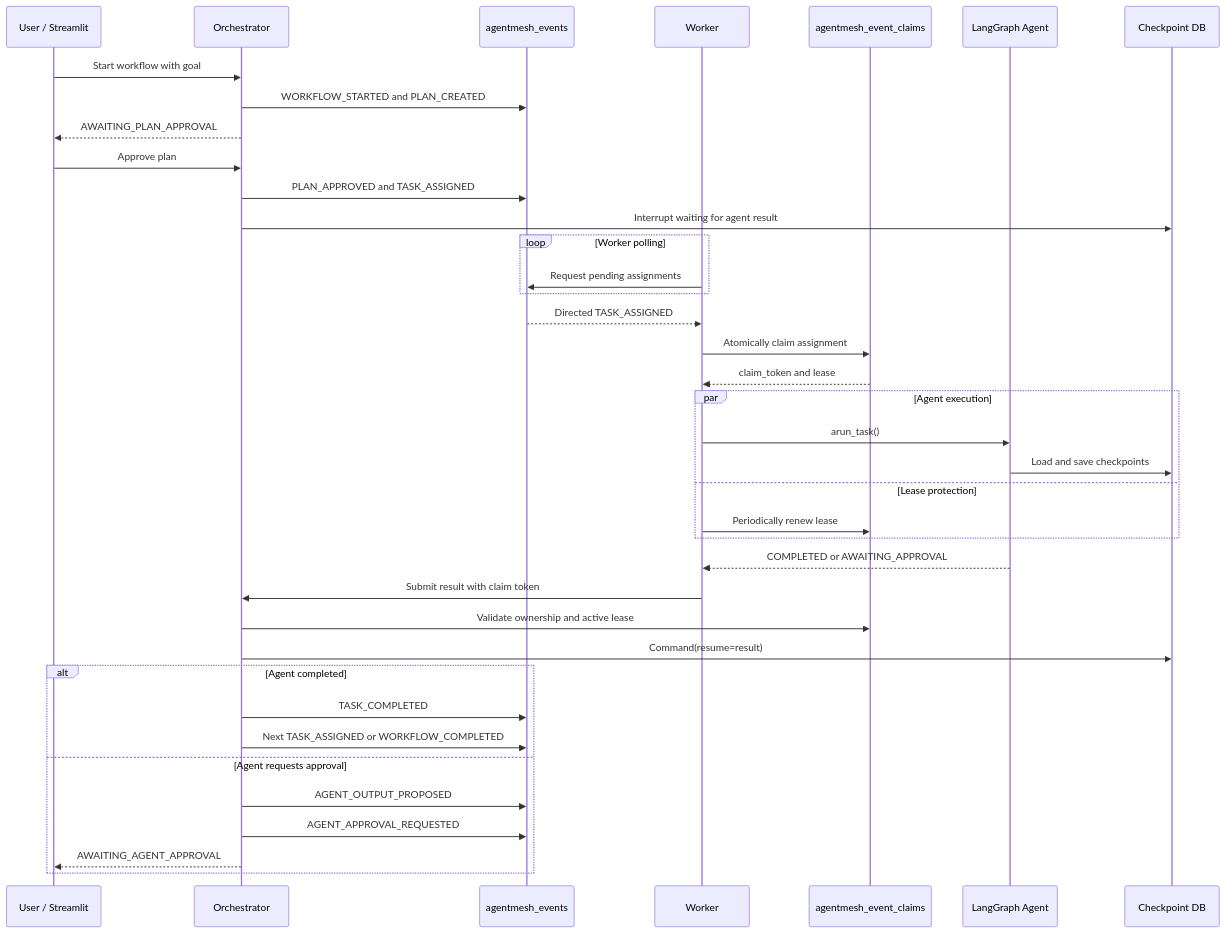
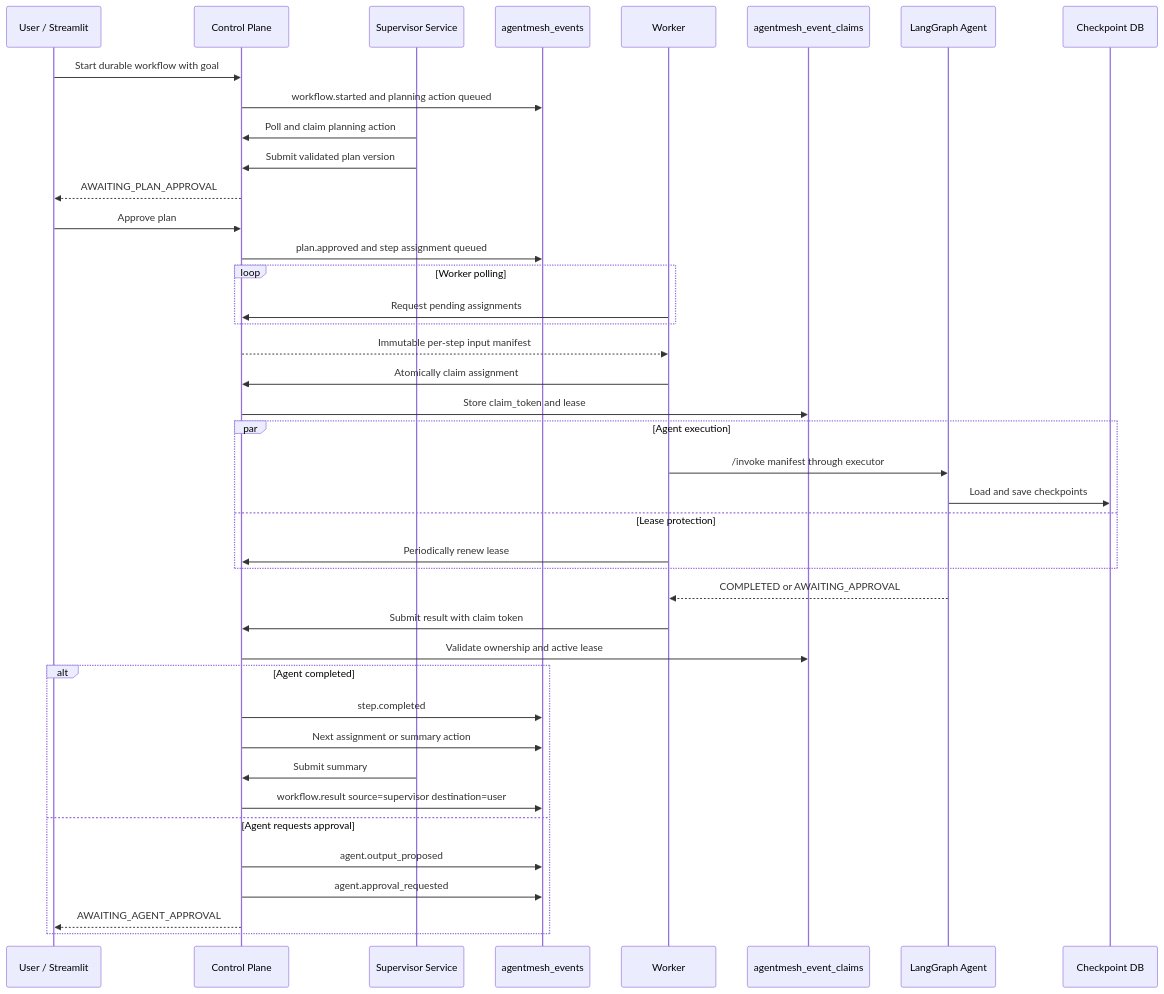
Before and after one commit to Sarvagya-meel/agentmesh: the sixth of 8 diagrams in docs/agent-runtime-api-worker-registry-guide.md, drawn with Mermaid. The commit also changed other lines of this file and 32 other files, not shown here.

Commit message:
docs: align agent runtime plan and assistant guidance

````diff
--- a/docs/agent-runtime-api-worker-registry-guide.md
+++ b/docs/agent-runtime-api-worker-registry-guide.md
@@ -261,46 +295,49 @@
 ```mermaid
 sequenceDiagram
     participant U as User / Streamlit
-    participant O as Orchestrator
+    participant CP as Control Plane
+    participant S as Supervisor Service
     participant E as agentmesh_events
     participant W as Worker
     participant C as agentmesh_event_claims
     participant A as LangGraph Agent
     participant DB as Checkpoint DB
 
-    U->>O: Start workflow with goal
-    O->>E: WORKFLOW_STARTED and PLAN_CREATED
-    O-->>U: AWAITING_PLAN_APPROVAL
-    U->>O: Approve plan
-    O->>E: PLAN_APPROVED and TASK_ASSIGNED
-    O->>DB: Interrupt waiting for agent result
+    U->>CP: Start durable workflow with goal
+    CP->>E: workflow.started and planning action queued
+    S->>CP: Poll and claim planning action
+    S->>CP: Submit validated plan version
+    CP-->>U: AWAITING_PLAN_APPROVAL
+    U->>CP: Approve plan
+    CP->>E: plan.approved and step assignment queued
 
     loop Worker polling
-        W->>E: Request pending assignments
+        W->>CP: Request pending assignments
     end
 
-    E-->>W: Directed TASK_ASSIGNED
-    W->>C: Atomically claim assignment
-    C-->>W: claim_token and lease
+    CP-->>W: Immutable per-step input manifest
+    W->>CP: Atomically claim assignment
+    CP->>C: Store claim_token and lease
 
     par Agent execution
-        W->>A: arun_task()
+        W->>A: /invoke manifest through executor
         A->>DB: Load and save checkpoints
     and Lease protection
-        W->>C: Periodically renew lease
+        W->>CP: Periodically renew lease
     end
 
     A-->>W: COMPLETED or AWAITING_APPROVAL
-    W->>O: Submit result with claim token
-    O->>C: Validate ownership and active lease
-    O->>DB: Command(resume=result)
+    W->>CP: Submit result with claim token
+    CP->>C: Validate ownership and active lease
 
     alt Agent completed
-        O->>E: TASK_COMPLETED
-        O->>E: Next TASK_ASSIGNED or WORKFLOW_COMPLETED
+        CP->>E: step.completed
+        CP->>E: Next assignment or summary action
+        S->>CP: Submit summary
+        CP->>E: workflow.result source=supervisor destination=user
     else Agent requests approval
-        O->>E: AGENT_OUTPUT_PROPOSED
-        O->>E: AGENT_APPROVAL_REQUESTED
-        O-->>U: AWAITING_AGENT_APPROVAL
+        CP->>E: agent.output_proposed
+        CP->>E: agent.approval_requested
+        CP-->>U: AWAITING_AGENT_APPROVAL
     end
 ```
````
